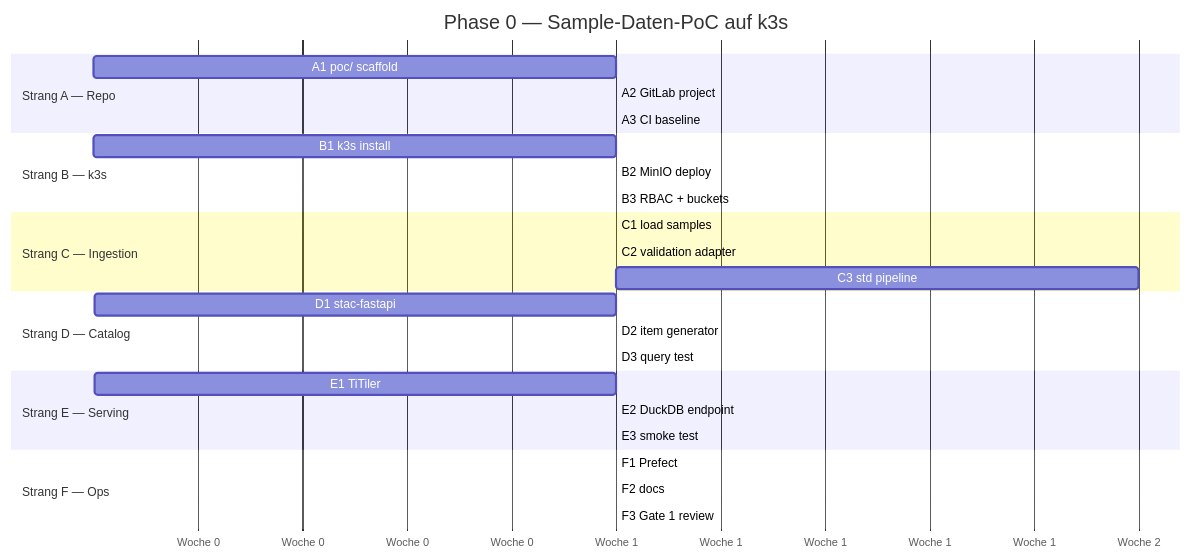
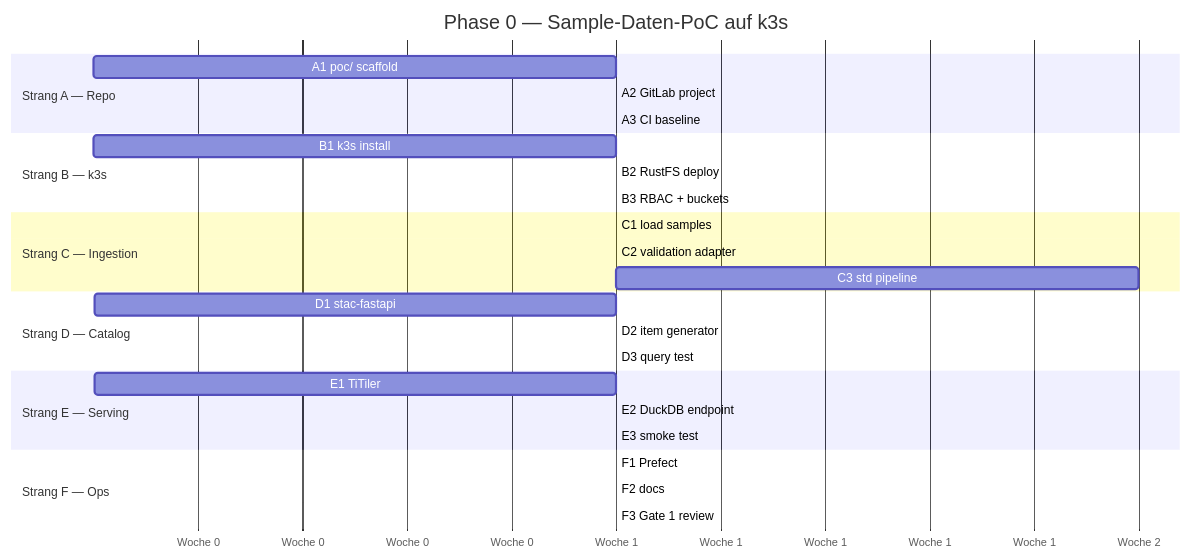
The diagram in docs/PHASE-0-ROADMAP.md (marcosci/dashi), drawn with Mermaid before and after one commit. The commit also changed other lines of this file and 12 other files, not shown here.

First line of the commit message:
Switch object storage from MinIO to RustFS

````diff
--- a/docs/PHASE-0-ROADMAP.md
+++ b/docs/PHASE-0-ROADMAP.md
@@ -86,30 +86,30 @@
 ```mermaid
 gantt
     title Phase 0 — Sample-Daten-PoC auf k3s
     dateFormat X
     axisFormat Woche %s
     section Strang A — Repo
     A1 poc/ scaffold        :a1, 1, 1
     A2 GitLab project       :a2, after a1, 1
     A3 CI baseline          :a3, after a2, 1
     section Strang B — k3s
     B1 k3s install          :b1, 1, 1
-    B2 MinIO deploy         :b2, after b1, 1
+    B2 RustFS deploy         :b2, after b1, 1
     B3 RBAC + buckets       :b3, after b2, 1
     section Strang C — Ingestion
     C1 load samples         :c1, after b3, 1
     C2 validation adapter   :c2, after c1, 1
     C3 std pipeline         :c3, after c2, 2
     section Strang D — Catalog
     D1 stac-fastapi         :d1, 3, 1
     D2 item generator       :d2, after c3, 1
     D3 query test           :d3, after d2, 1
     section Strang E — Serving
     E1 TiTiler              :e1, 3, 1
     E2 DuckDB endpoint      :e2, after d3, 1
     E3 smoke test           :e3, after e2, 1
     section Strang F — Ops
     F1 Prefect              :f1, after c3, 1
     F2 docs                 :f2, after e3, 1
     F3 Gate 1 review        :f3, after f2, 1
 ```
````
